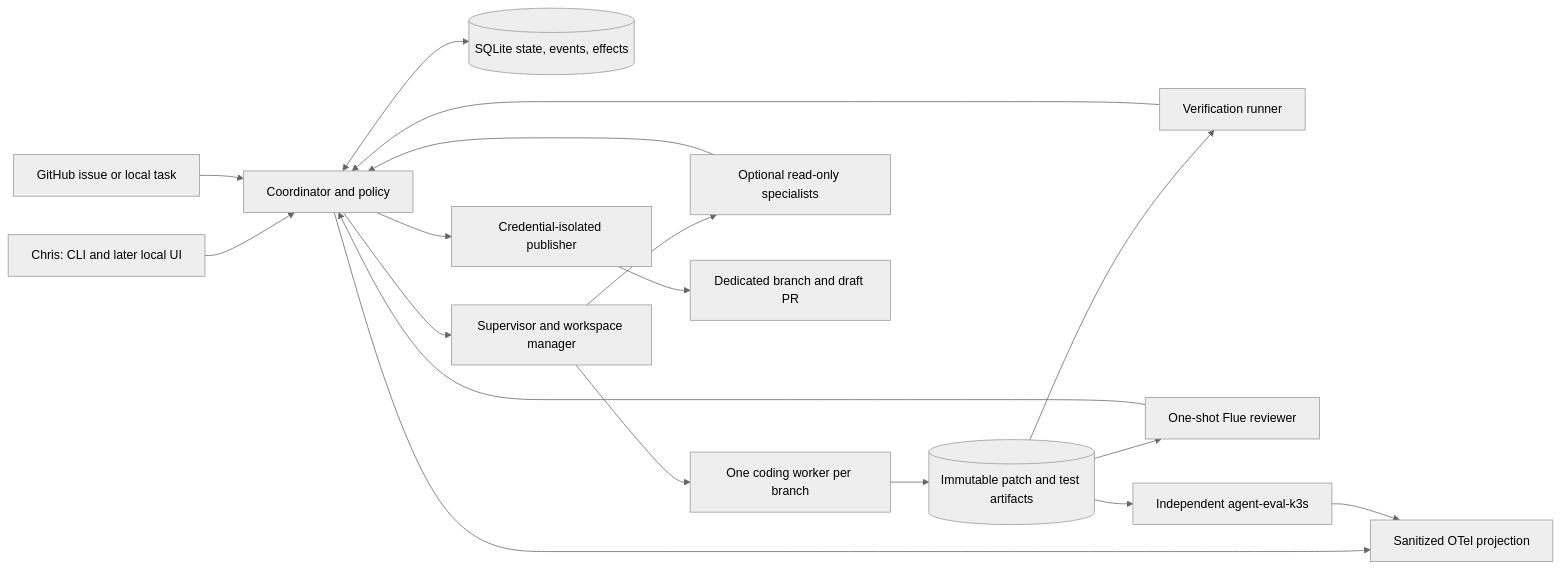
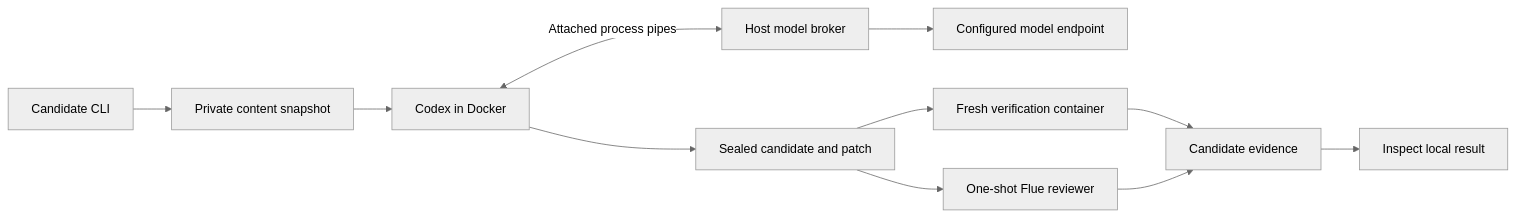
The diagram in ARCHITECTURE.md (wuchris-ch/multi-agent-software-development-platform), drawn with Mermaid (neutral theme) before and after one commit. The commit also changed other lines of this file and 5 other files, not shown here.

````diff
--- a/ARCHITECTURE.md
+++ b/ARCHITECTURE.md
@@ -9,20 +5,13 @@
 ```mermaid
 flowchart LR
-    U[Chris: CLI and later local UI] --> C[Coordinator and policy]
-    G[GitHub issue or local task] --> C
-    C <--> D[(SQLite state, events, effects)]
-    C --> S[Supervisor and workspace manager]
-    S --> W[One coding worker per branch]
-    S --> Q[Optional read-only specialists]
-    W --> A[(Immutable patch and test artifacts)]
-    Q --> C
-    A --> T[Verification runner]
-    A --> R[One-shot Flue reviewer]
-    T --> C
-    R --> C
-    C --> P[Credential-isolated publisher]
-    P --> H[Dedicated branch and draft PR]
-    A --> E[Independent agent-eval-k3s]
-    C --> O[Sanitized OTel projection]
-    E --> O
+    CLI[Candidate CLI] --> S[Private content snapshot]
+    S --> C[Codex in Docker]
+    C <-->|Attached process pipes| B[Host model broker]
+    B --> M[Configured model endpoint]
+    C --> A[Sealed candidate and patch]
+    A --> V[Fresh verification container]
+    A --> F[One-shot Flue reviewer]
+    V --> E[Candidate evidence]
+    F --> E
+    E --> I[Inspect local result]
 ```
````
